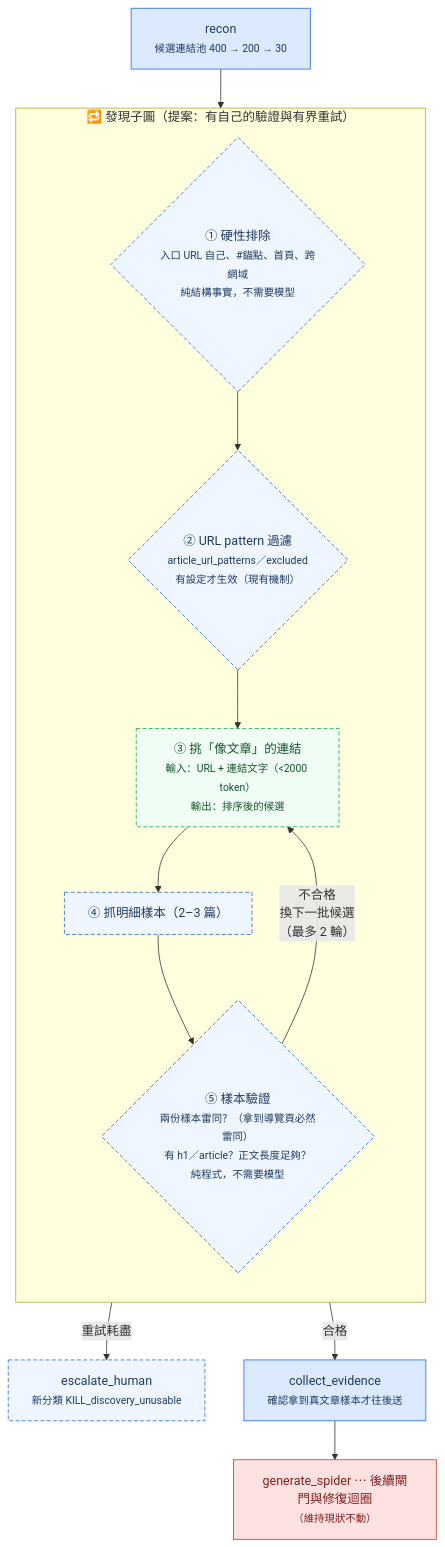
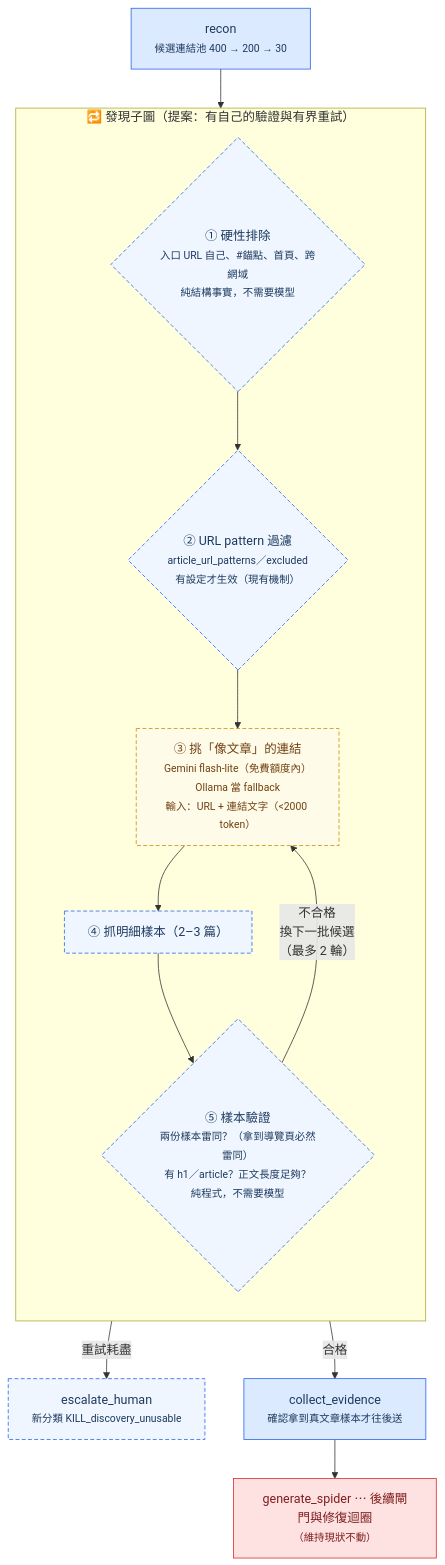
Before and after one commit to haoagentuse-glitch/SpiderForge: the second of 2 diagrams in pipelines/GRAPH.md, drawn with Mermaid. The commit also changed other lines of this file, not shown here.

First line of the commit message:
docs: 依 Gemini 實際免費額度翻案模型主從

````diff
--- a/pipelines/GRAPH.md
+++ b/pipelines/GRAPH.md
@@ -92,25 +112,25 @@
 ```mermaid
 flowchart TD
     recon["recon<br/><small>候選連結池 400 → 200 → 30</small>"]:::prog
 
     subgraph DISCOVER["🔁 發現子圖（提案：有自己的驗證與有界重試）"]
         direction TB
         hard{"① 硬性排除<br/><small>入口 URL 自己、#錨點、首頁、跨網域<br/>純結構事實，不需要模型</small>"}:::newprog
         pattern{"② URL pattern 過濾<br/><small>article_url_patterns／excluded<br/>有設定才生效（現有機制）</small>"}:::newprog
-        pick["③ 挑「像文章」的連結<br/><small>輸入：URL + 連結文字（&lt;2000 token）<br/>輸出：排序後的候選</small>"]:::newlocal
+        pick["③ 挑「像文章」的連結<br/><small>Gemini flash-lite（免費額度內）<br/>Ollama 當 fallback<br/>輸入：URL + 連結文字（&lt;2000 token）</small>"]:::newmodel
         sample["④ 抓明細樣本（2–3 篇）"]:::newprog
         verify{"⑤ 樣本驗證<br/><small>兩份樣本雷同？（拿到導覽頁必然雷同）<br/>有 h1／article？正文長度足夠？<br/>純程式，不需要模型</small>"}:::newprog
     end
 
     recon --> hard --> pattern --> pick --> sample --> verify
     verify -->|"不合格<br/>換下一批候選<br/>（最多 2 輪）"| pick
     verify -->|"重試耗盡"| escalate["escalate_human<br/><small>新分類 KILL_discovery_unusable</small>"]:::newprog
     verify -->|合格| evidence["collect_evidence<br/><small>確認拿到真文章樣本才往後送</small>"]:::prog
 
     evidence --> generate["generate_spider ⋯ 後續閘門與修復迴圈<br/><small>（維持現狀不動）</small>"]:::paid
 
     classDef prog fill:#dbeafe,stroke:#2563eb,color:#1e3a5f
     classDef paid fill:#fee2e2,stroke:#dc2626,color:#7f1d1d
     classDef newprog fill:#eff6ff,stroke:#2563eb,stroke-dasharray:5 3,color:#1e3a5f
-    classDef newlocal fill:#f0fdf4,stroke:#16a34a,stroke-dasharray:5 3,color:#14532d
+    classDef newmodel fill:#fefce8,stroke:#ca8a04,stroke-dasharray:5 3,color:#713f12
 ```
````
